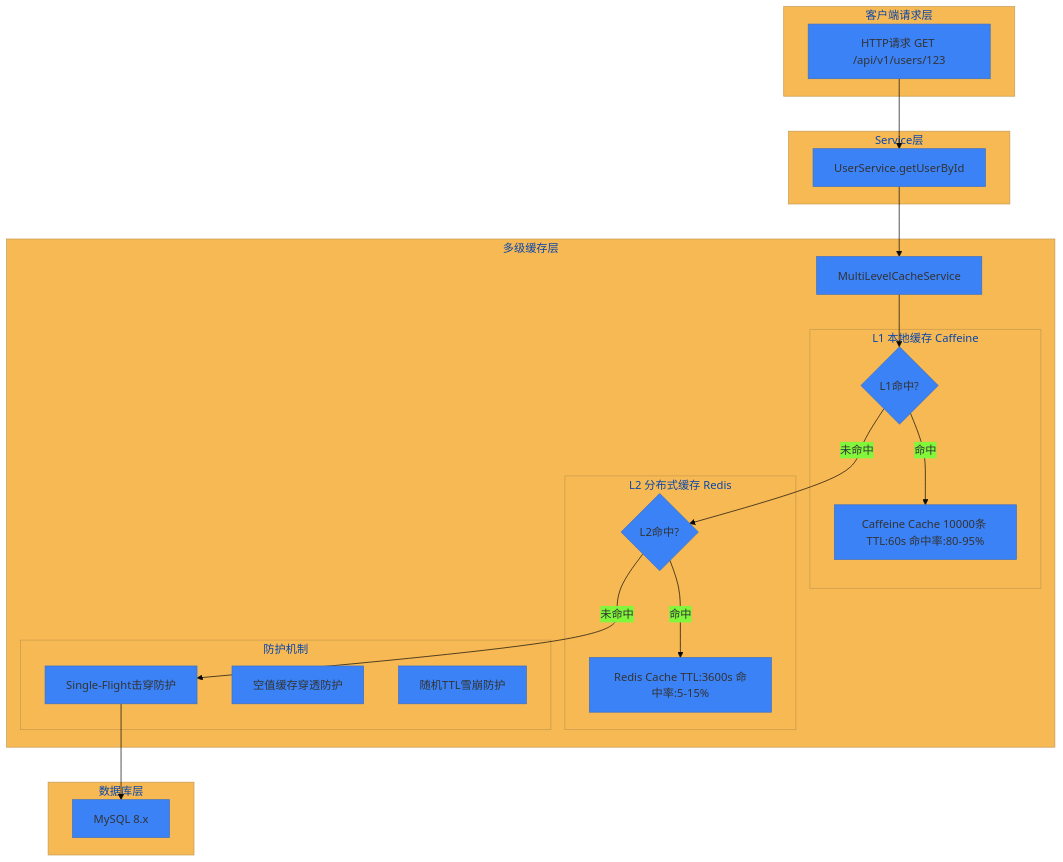
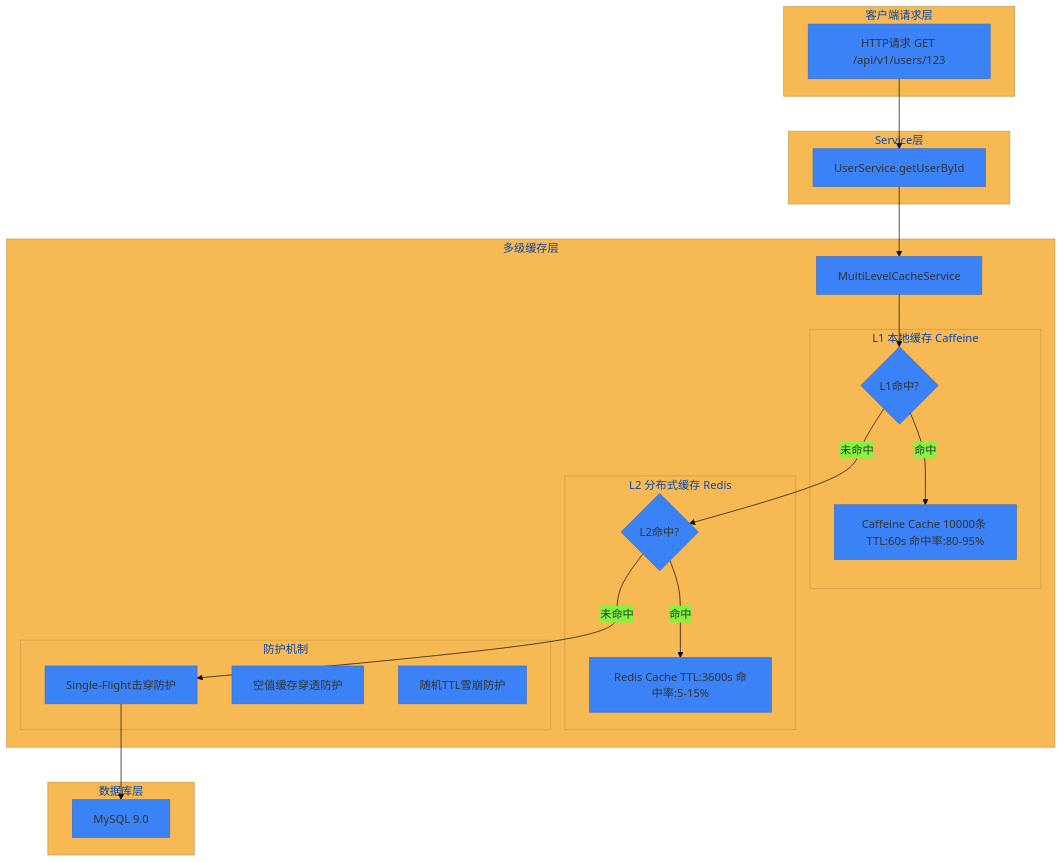
One commit to apex-cloud-service/apex-scaffold changed the diagram in docs/architecture/advanced-features/multi-level-cache-complete-guide.md. Above: the diagram before and after it, drawn with Mermaid. The commit also changed 507 other files, not shown here.

````diff
--- a/docs/architecture/advanced-features/multi-level-cache-complete-guide.md
+++ b/docs/architecture/advanced-features/multi-level-cache-complete-guide.md
@@ -16,44 +16,44 @@
 ```mermaid
 %%{init: {'theme':'base', 'themeVariables': {'primaryColor':'#3b82f6'}}}%%
 graph TB
     subgraph Client["客户端请求层"]
         Request[HTTP请求 GET /api/v1/users/123]
     end
     
     subgraph Service["Service层"]
         UserService[UserService.getUserById]
     end
     
     subgraph CacheLayer["多级缓存层"]
         CacheService[MultiLevelCacheService]
         
         subgraph L1["L1 本地缓存 Caffeine"]
             CaffeineCache[Caffeine Cache 10000条 TTL:60s 命中率:80-95%]
             L1Hit{L1命中?}
         end
         
         subgraph L2["L2 分布式缓存 Redis"]
             RedisCache[Redis Cache TTL:3600s 命中率:5-15%]
             L2Hit{L2命中?}
         end
         
         subgraph Protection["防护机制"]
             SingleFlight[Single-Flight击穿防护]
             NullCache[空值缓存穿透防护]
             RandomTTL[随机TTL雪崩防护]
         end
     end
     
     subgraph Database["数据库层"]
-        MySQL[MySQL 8.x]
+        MySQL[MySQL 9.0]
     end
     
     Request --> UserService
     UserService --> CacheService
     CacheService --> L1Hit
     L1Hit -->|命中| CaffeineCache
     L1Hit -->|未命中| L2Hit
     L2Hit -->|命中| RedisCache
     L2Hit -->|未命中| SingleFlight
     SingleFlight --> MySQL
 ```
````
